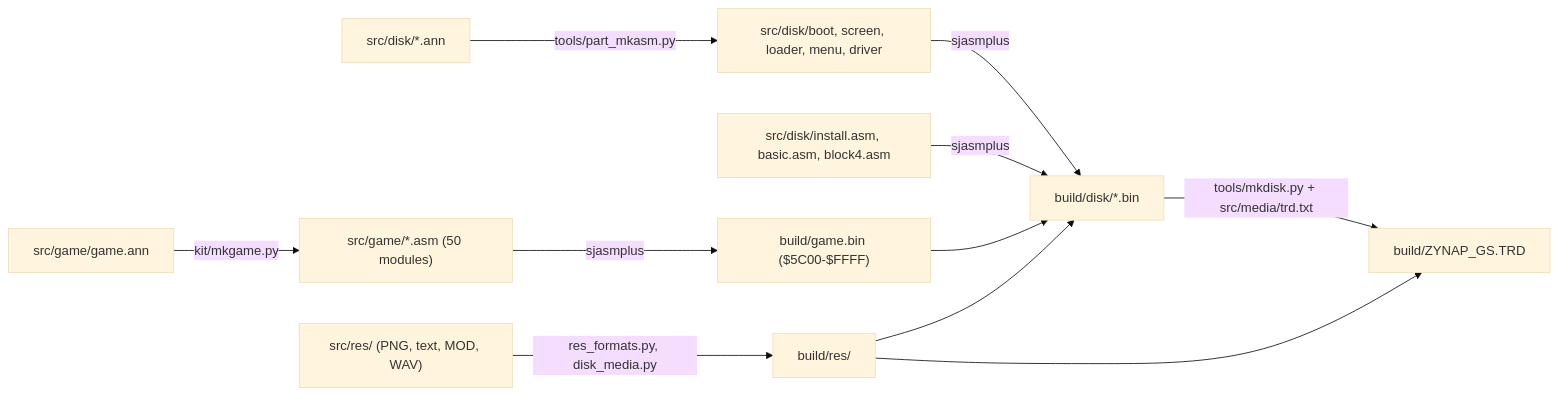
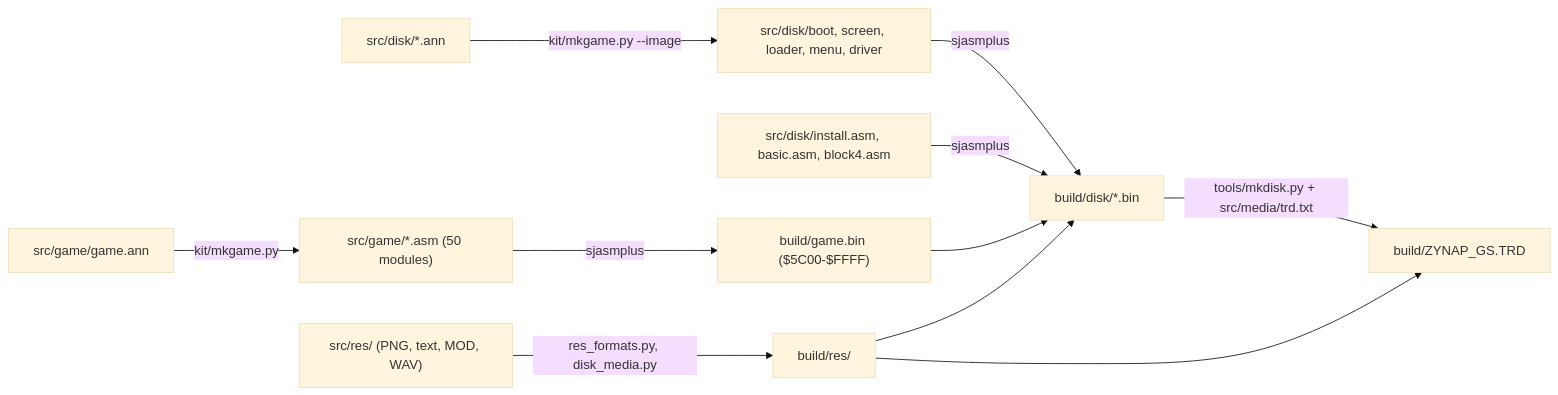
One commit to alfishe/unrealng-reverse-cases changed the diagram in games/zynaps-gs/docs/03-build-and-load.md. Above: the diagram before and after it, drawn with Mermaid (base theme). The commit also changed other lines of this file and 20 other files, not shown here.

First line of the commit message:
zynaps-gs: parts through kit/mkgame.py, tool paths from kit/toolpaths.py, docs anchors

````diff
--- a/games/zynaps-gs/docs/03-build-and-load.md
+++ b/games/zynaps-gs/docs/03-build-and-load.md
@@ -282,13 +282,13 @@
 ```mermaid
 flowchart LR
   ann["src/game/game.ann"] -- kit/mkgame.py --> gasm["src/game/*.asm (50 modules)"]
-  dann["src/disk/*.ann"] -- tools/part_mkasm.py --> dasm["src/disk/boot, screen, loader, menu, driver"]
+  dann["src/disk/*.ann"] -->|"kit/mkgame.py --image"| dasm["src/disk/boot, screen, loader, menu, driver"]
   res["src/res/ (PNG, text, MOD, WAV)"] -- res_formats.py, disk_media.py --> bres["build/res/"]
   gasm -- sjasmplus --> game["build/game.bin ($5C00-$FFFF)"]
   dasm -- sjasmplus --> parts["build/disk/*.bin"]
   inst["src/disk/install.asm, basic.asm, block4.asm"] -- sjasmplus --> parts
   game --> parts
   bres --> parts
   parts -- "tools/mkdisk.py + src/media/trd.txt" --> trd["build/ZYNAP_GS.TRD"]
   bres --> trd
 ```
````
